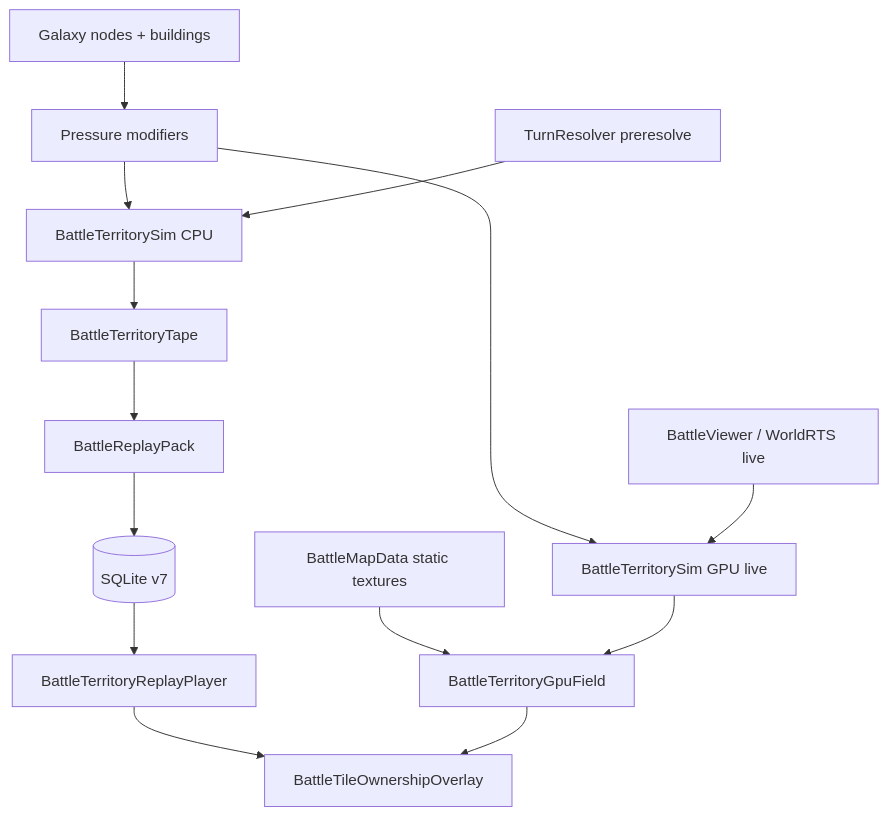
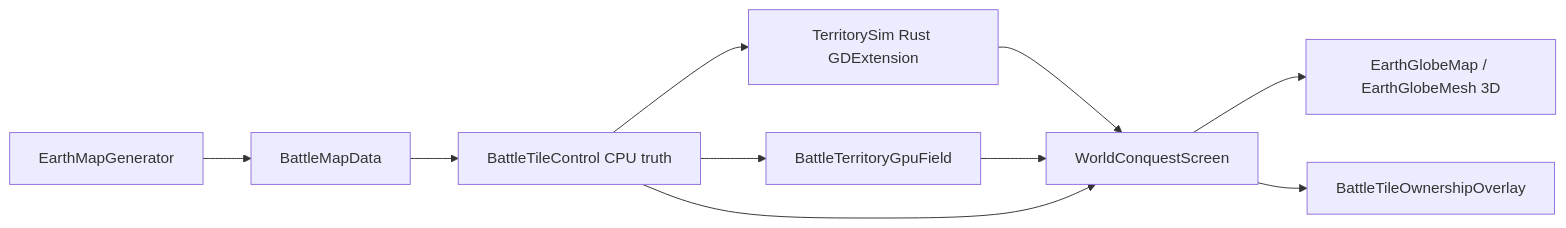
The diagram in DESIGN.md (WaaaghStack/Empires-of-Yesterday), drawn with Mermaid before and after one commit. The commit also changed other lines of this file and 441 other files, not shown here.

Commit message:
chore: world conquest baseline sync (remove legacy battle stack, config tuning)

````diff
--- a/DESIGN.md
+++ b/DESIGN.md
@@ -165,16 +88,12 @@
 ```mermaid
-flowchart TB
-  Galaxy[Galaxy nodes + buildings] --> Mods[Pressure modifiers]
-  Mods --> SimCpu[BattleTerritorySim CPU]
-  SimCpu --> Tape[BattleTerritoryTape]
-  Tape --> Pack[BattleReplayPack]
-  Pack --> SQL[(SQLite v7)]
-  SQL --> Replay[BattleTerritoryReplayPlayer]
-  Replay --> Overlay[BattleTileOwnershipOverlay]
-  Mods --> SimGpu[BattleTerritorySim GPU live]
-  MapStatic[BattleMapData static textures] --> GpuField[BattleTerritoryGpuField]
-  SimGpu --> GpuField
-  GpuField --> Overlay
-  Viewer[BattleViewer / WorldRTS live] --> SimGpu
-  TurnResolver[TurnResolver preresolve] --> SimCpu
+flowchart LR
+  Gen[EarthMapGenerator] --> MapData[BattleMapData]
+  MapData --> TC[BattleTileControl CPU truth]
+  TC --> Rust[TerritorySim Rust GDExtension]
+  TC --> Gpu[BattleTerritoryGpuField]
+  Rust --> Screen[WorldConquestScreen]
+  Gpu --> Screen
+  TC --> Screen
+  Screen --> Globe[EarthGlobeMap / EarthGlobeMesh 3D]
+  Screen --> Overlay[BattleTileOwnershipOverlay]
 ```
````
